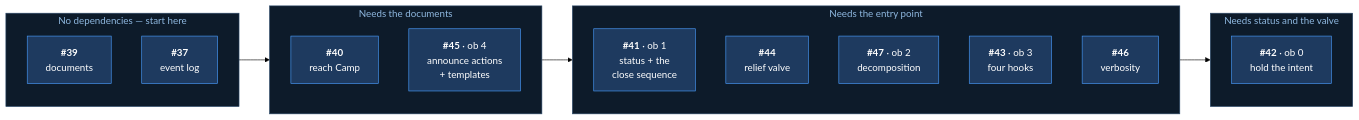
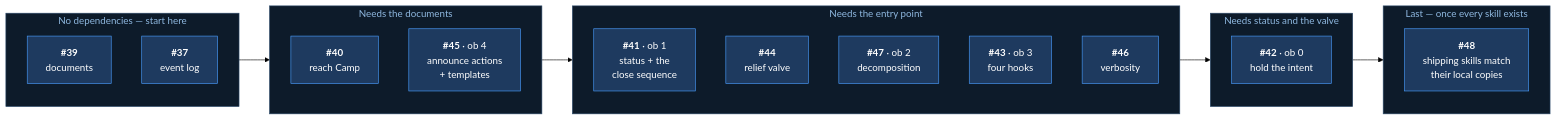
One commit to Calyx-Engineering/arc changed the second of 2 diagrams in docs/arc-log/arc-03-camp.md. Above: the diagram before and after it, drawn with Mermaid (forest theme). The commit also changed other lines of this file, not shown here.

Commit message:
docs: check shipping skills against their local copies at arc close (#48)
A copy in .claude/skills/ edited directly wins locally and ships nothing.
The sync script catches drift in the six skills it tracks; nothing catches
a shipping skill with no copy, or a copy whose source was deleted.

Runs last in the arc, once every skill this arc adds exists.

Refs #27

````diff
--- a/docs/arc-log/arc-03-camp.md
+++ b/docs/arc-log/arc-03-camp.md
@@ -129,32 +130,37 @@
 ```mermaid
 flowchart LR
     subgraph W1[" No dependencies — start here "]
         direction TB
         A1["<b>#39</b><br/>documents"]
         A2["<b>#37</b><br/>event log"]
     end
     subgraph W2[" Needs the documents "]
         direction TB
         B1["<b>#40</b><br/>reach Camp"]
         B2["<b>#45</b> · ob 4<br/>announce actions<br/>+ templates"]
     end
     subgraph W3[" Needs the entry point "]
         direction TB
         C1["<b>#41</b> · ob 1<br/>status + the<br/>close sequence"]
         C2["<b>#44</b><br/>relief valve"]
         C3["<b>#47</b> · ob 2<br/>decomposition"]
         C4["<b>#43</b> · ob 3<br/>four hooks"]
         C5["<b>#46</b><br/>verbosity"]
     end
     subgraph W4[" Needs status and the valve "]
         direction TB
         D1["<b>#42</b> · ob 0<br/>hold the intent"]
     end
-    W1 --> W2 --> W3 --> W4
+    subgraph W5[" Last — once every skill exists "]
+        direction TB
+        E1["<b>#48</b><br/>shipping skills match<br/>their local copies"]
+    end
+    W1 --> W2 --> W3 --> W4 --> W5
     classDef n fill:#1e3a5f,stroke:#4a9eff,color:#fff
-    class A1,A2,B1,B2,C1,C2,C3,C4,C5,D1 n
+    class A1,A2,B1,B2,C1,C2,C3,C4,C5,D1,E1 n
     style W1 fill:#0d1b2a,stroke:#2c4a6b,color:#8fb8e0
     style W2 fill:#0d1b2a,stroke:#2c4a6b,color:#8fb8e0
     style W3 fill:#0d1b2a,stroke:#2c4a6b,color:#8fb8e0
     style W4 fill:#0d1b2a,stroke:#2c4a6b,color:#8fb8e0
+    style W5 fill:#0d1b2a,stroke:#2c4a6b,color:#8fb8e0
 ```
````
